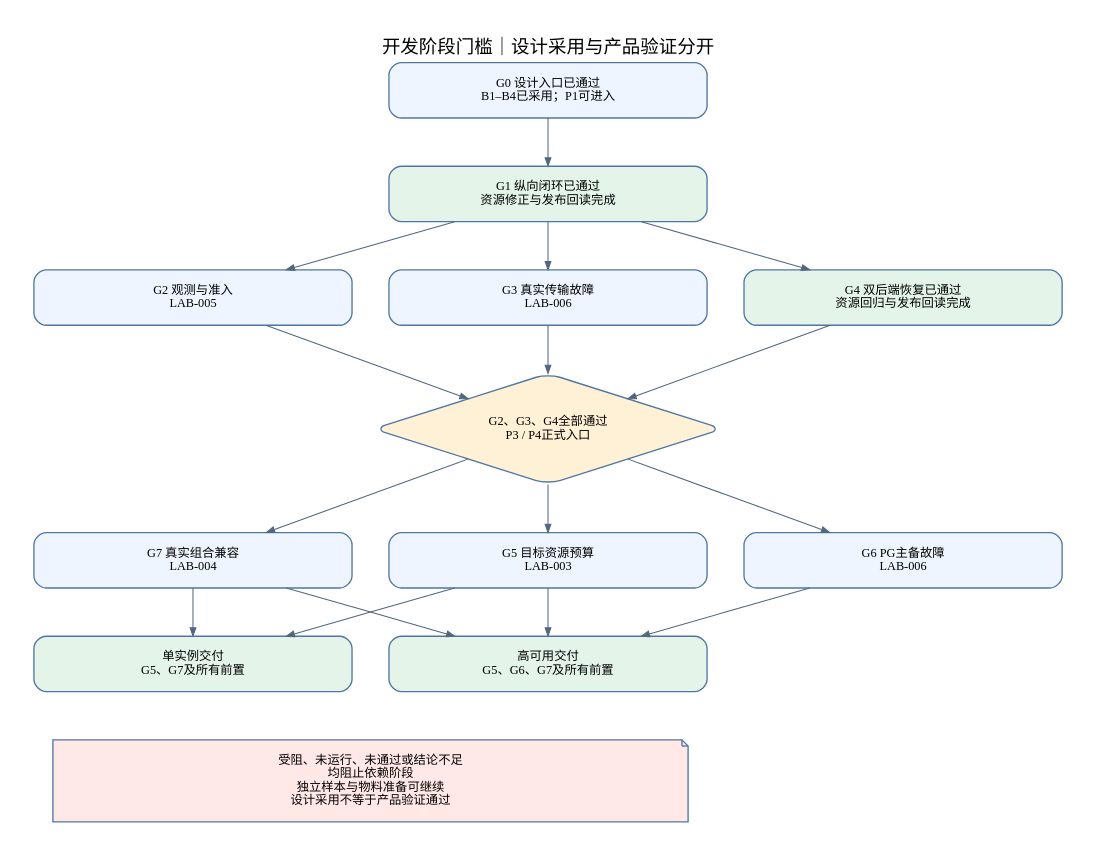
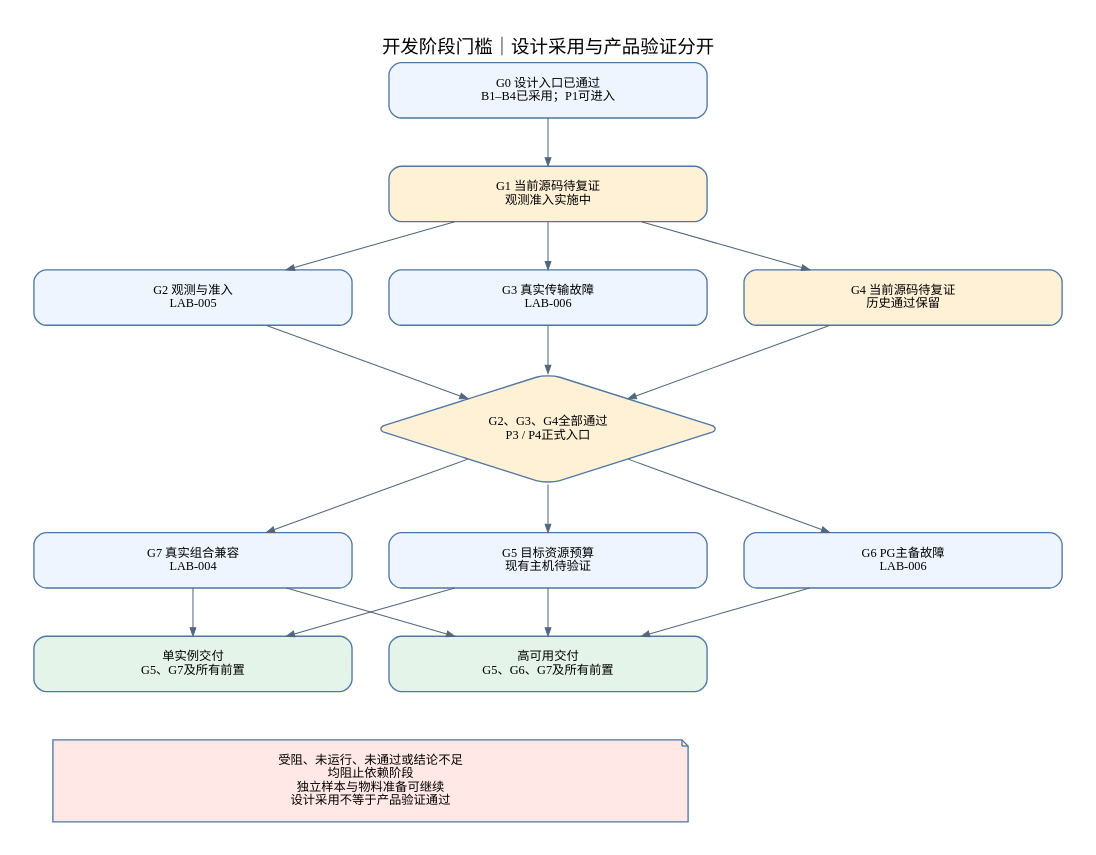
The diagram in docs/architecture/diagrams/v0.7/06-delivery-dependencies.dot (wyw-ai/loom-oi), drawn with Graphviz before and after one commit. The commit also changed 106 other files, not shown here.

```diff
--- a/docs/architecture/diagrams/v0.7/06-delivery-dependencies.dot
+++ b/docs/architecture/diagrams/v0.7/06-delivery-dependencies.dot
@@ -1,23 +1,23 @@
 digraph G {
 graph [bgcolor="white",pad="0.35",nodesep="0.5",ranksep="0.65",fontname="Noto Sans SC",fontsize=18,labelloc="t",splines=polyline];
 node [shape=box,style="rounded,filled",fillcolor="#eef5ff",color="#5077a3",fontname="Noto Sans SC",fontsize=12,width=4.3,margin="0.35,0.2",penwidth=1.3];
 edge [color="#52677f",fontname="Noto Sans SC",fontsize=10,arrowsize=0.8];
 rankdir=TB;label="开发阶段门槛｜设计采用与产品验证分开";
  g0[label="G0 设计入口已通过\nB1–B4已采用；P1可进入"];
- g1[label="G1 纵向闭环已通过\n资源修正与发布回读完成",fillcolor="#e4f4e9"];
+ g1[label="G1 当前源码待复证\n观测准入实施中",fillcolor="#fff1d6"];
  g2[label="G2 观测与准入\nLAB-005"];
  g3[label="G3 真实传输故障\nLAB-006"];
- g4[label="G4 双后端恢复已通过\n资源回归与发布回读完成",fillcolor="#e4f4e9"];
+ g4[label="G4 当前源码待复证\n历史通过保留",fillcolor="#fff1d6"];
  gate[label="G2、G3、G4全部通过\nP3 / P4正式入口",shape=diamond,fillcolor="#fff1d6"];
- g5[label="G5 目标资源预算\nLAB-003"];
+ g5[label="G5 目标资源预算\n现有主机待验证"];
  g6[label="G6 PG主备故障\nLAB-006"];
  g7[label="G7 真实组合兼容\nLAB-004"];
  single[label="单实例交付\nG5、G7及所有前置",fillcolor="#e4f4e9"];
  ha[label="高可用交付\nG5、G6、G7及所有前置",fillcolor="#e4f4e9"];
  g0->g1;g1->g2;g1->g3;g1->g4;{rank=same;g2;g3;g4;}
  g2->gate;g3->gate;g4->gate;gate->g5;gate->g6;gate->g7;{rank=same;g5;g6;g7;}
  g5->single;g7->single;g5->ha;g6->ha;g7->ha;
  note[label="受阻、未运行、未通过或结论不足\n均阻止依赖阶段\n独立样本与物料准备可继续\n设计采用不等于产品验证通过",width=8.6,shape=note,fillcolor="#ffe8e5"];
  single->note[style=invis];ha->note[style=invis];
 
 }
```
